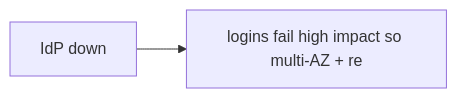
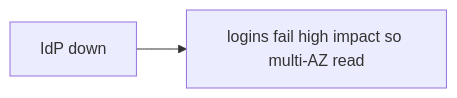
One commit to RIT-MESH/system-design-mastery changed the third of 3 diagrams in case-studies/advanced/iam-platform.md. Above: the diagram before and after it, drawn with Mermaid. The commit also changed other lines of this file and 215 other files, not shown here.

First line of the commit message:
Complete all remaining work: expand case studies, add 13 AI case studies, fix diagrams, status to Complete

````diff
--- a/case-studies/advanced/iam-platform.md
+++ b/case-studies/advanced/iam-platform.md
@@ -139,7 +172,7 @@
 ```mermaid
 %% created-for: system-design-mastery
 flowchart LR
   C1["IdP down"]
-  R2["logins fail high impact so multi-AZ + re"]
+  R2["logins fail high impact so multi-AZ read"]
   C1 --> R2
 ```
````
